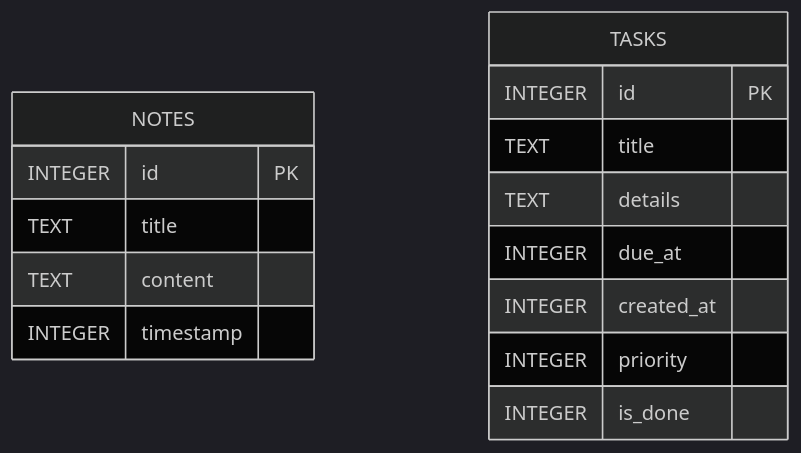
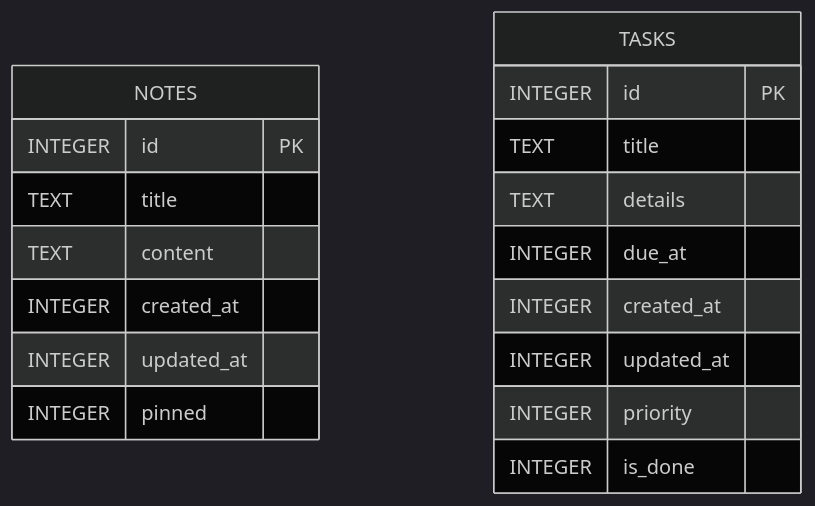
One commit to JOSETRA44/Tien changed the second of 2 diagrams in README.md. Above: the diagram before and after it, drawn with Mermaid (dark theme). The commit also changed other lines of this file and 72 other files, not shown here.

````diff
--- a/README.md
+++ b/README.md
@@ -49,19 +136,21 @@
 ```mermaid
 erDiagram
     NOTES {
         INTEGER id PK
         TEXT title
         TEXT content
-        INTEGER timestamp
+        INTEGER created_at
+        INTEGER updated_at
+        INTEGER pinned
     }
-
     TASKS {
         INTEGER id PK
         TEXT title
         TEXT details
         INTEGER due_at
         INTEGER created_at
+        INTEGER updated_at
         INTEGER priority
         INTEGER is_done
     }
 ```
````
